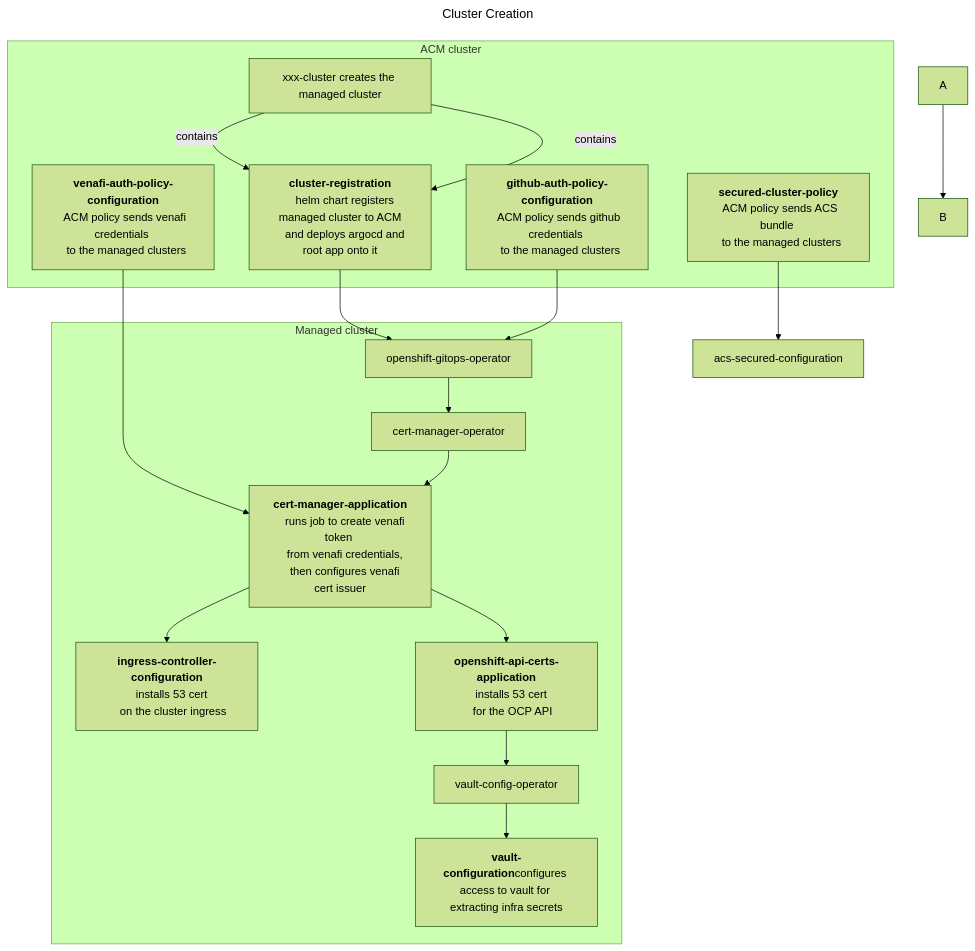
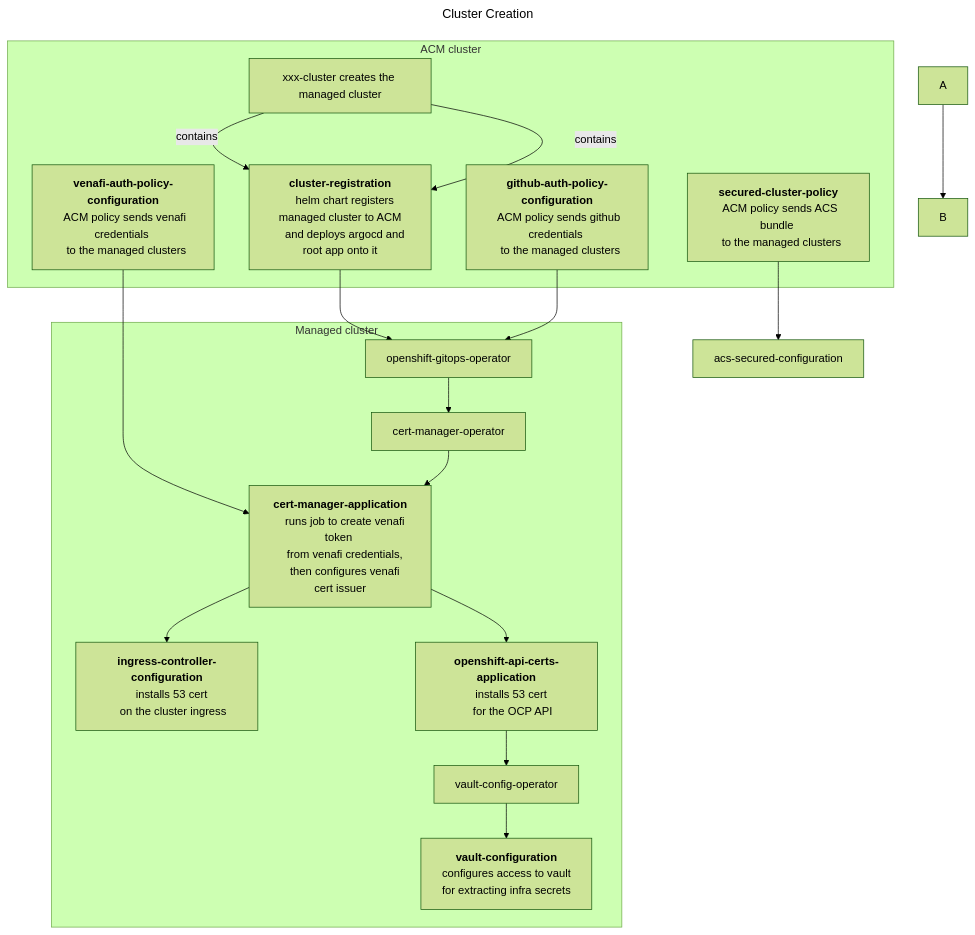
The diagram in test-mermaid/test-mermaid.build.md (mmwillingham/acm), drawn with Mermaid (forest theme) before and after one commit.

````diff
--- a/test-mermaid/test-mermaid.build.md
+++ b/test-mermaid/test-mermaid.build.md
@@ -2,43 +2,45 @@
 ```mermaid
 ---
 title: Cluster Creation
 ---
 flowchart TD
 A --> B
 venafi-auth-policy-configuration --> cert-manager-application
 cluster-registration --> openshift-gitops-operator
 github-auth-policy-configuration --> openshift-gitops-operator
 secured-cluster-policy --> acs-secured-configuration
 subgraph ACM cluster
 xxx-cluster["xxx-cluster creates the managed cluster"] -- contains --> cluster-registration["<b>cluster-registration</b>
   helm chart registers managed cluster to ACM
   and deploys argocd and root app onto it"]
 venafi-auth-policy-configuration["<b>venafi-auth-policy-configuration</b>
   ACM policy sends venafi credentials 
   to the managed clusters"]
 github-auth-policy-configuration["<b>github-auth-policy-configuration</b>
   ACM policy sends github credentials 
   to the managed clusters"]
 secured-cluster-policy["<b>secured-cluster-policy</b>
   ACM policy sends ACS bundle 
   to the managed clusters"]
 end
 subgraph Managed cluster
 xxx-cluster["xxx-cluster creates the managed cluster"] -- contains --> cluster-registration["<b>cluster-registration</b>
     helm chart registers managed cluster to ACM
     and deploys argocd and root app onto it"]
 openshift-gitops-operator --> cert-manager-operator
 cert-manager-operator --> cert-manager-application["<b>cert-manager-application</b>
     runs job to create venafi token 
     from venafi credentials, 
     then configures venafi cert issuer"]
 cert-manager-application --> ingress-controller-configuration["<b>ingress-controller-configuration</b>
     installs 53 cert 
     on the cluster ingress"]
 cert-manager-application --> openshift-api-certs-application["<b>openshift-api-certs-application</b>
     installs 53 cert 
     for the OCP API"]    
 openshift-api-certs-application --> vault-config-operator
-vault-config-operator --> vault-configuration["<b>vault-configuration</b>configures access to vault for extracting infra secrets"]
+vault-config-operator --> vault-configuration["<b>vault-configuration</b>
+    configures access to vault 
+    for extracting infra secrets"]
 end
 ```
````
